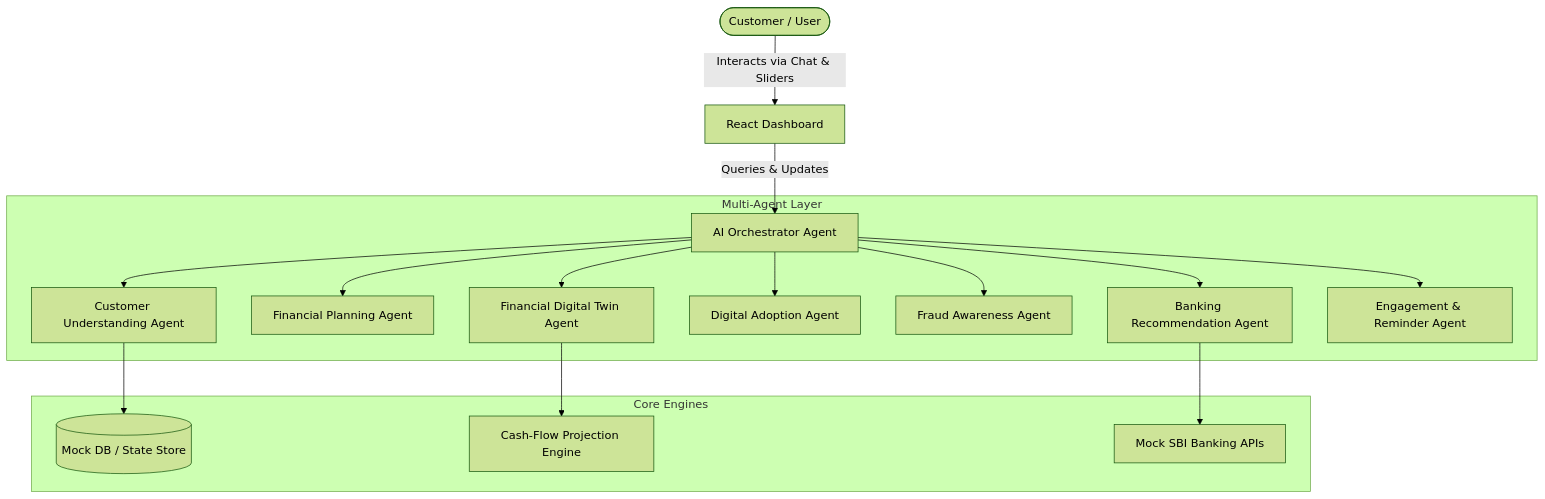
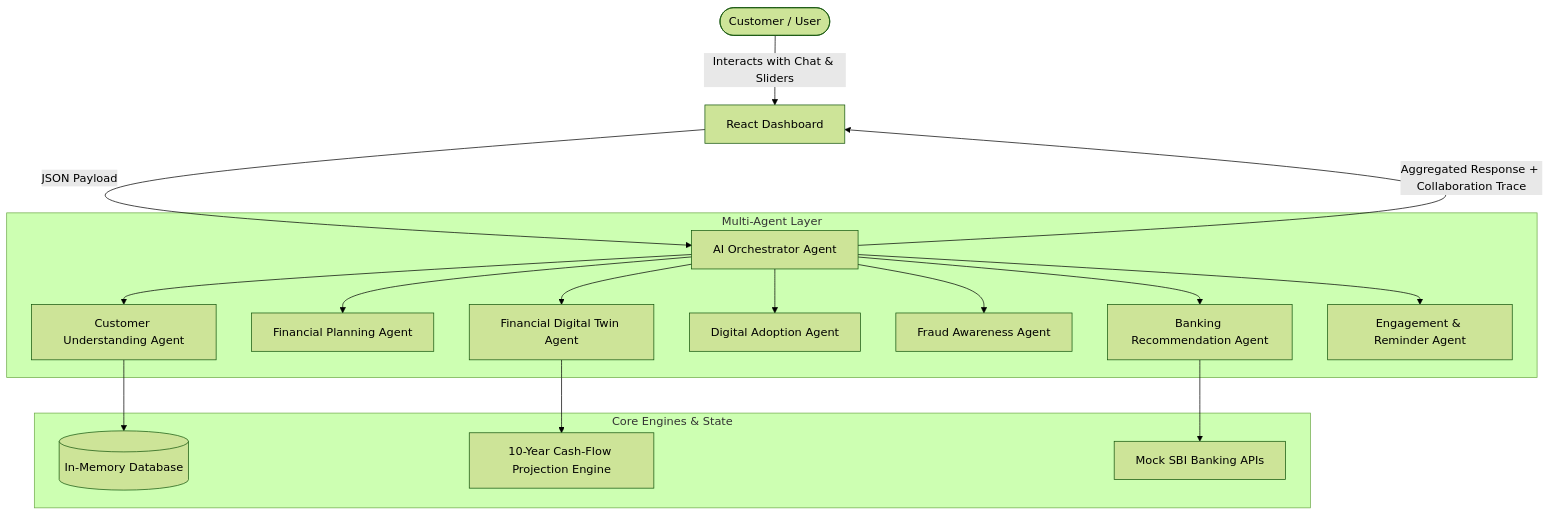
One commit to Atharv-Pawar/SBI-NEXUS changed the diagram in README.md. Above: the diagram before and after it, drawn with Mermaid (forest theme). The commit also changed other lines of this file, not shown here.

````diff
--- a/README.md
+++ b/README.md
@@ -11,21 +33,23 @@
 ```mermaid
 graph TD
-    Customer([Customer / User]) -->|Interacts via Chat & Sliders| AppShell[React Dashboard]
-    AppShell -->|Queries & Updates| Orchestrator[AI Orchestrator Agent]
+    User([Customer / User]) -->|Interacts with Chat & Sliders| AppShell[React Dashboard]
+    AppShell -->|JSON Payload| Orchestrator[AI Orchestrator Agent]
     
     subgraph Multi-Agent Layer
         Orchestrator --> CustomerAgent[Customer Understanding Agent]
         Orchestrator --> PlanningAgent[Financial Planning Agent]
         Orchestrator --> RecommendAgent[Banking Recommendation Agent]
         Orchestrator --> AdoptionAgent[Digital Adoption Agent]
         Orchestrator --> FraudAgent[Fraud Awareness Agent]
         Orchestrator --> TwinAgent[Financial Digital Twin Agent]
         Orchestrator --> EngagementAgent[Engagement & Reminder Agent]
     end
     
-    subgraph Core Engines
-        CustomerAgent --> DB[(Mock DB / State Store)]
-        TwinAgent --> TwinEngine[Cash-Flow Projection Engine]
+    subgraph Core Engines & State
+        CustomerAgent --> DB[(In-Memory Database)]
+        TwinAgent --> TwinEngine[10-Year Cash-Flow Projection Engine]
         RecommendAgent --> SBIGateway[Mock SBI Banking APIs]
     end
+    
+    Orchestrator -->|Aggregated Response + Collaboration Trace| AppShell
 ```
````
